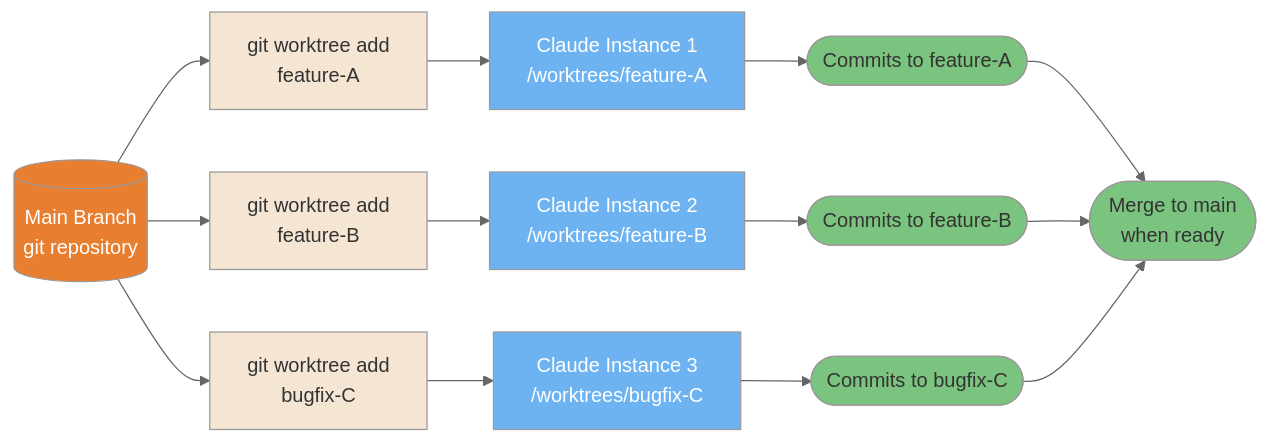
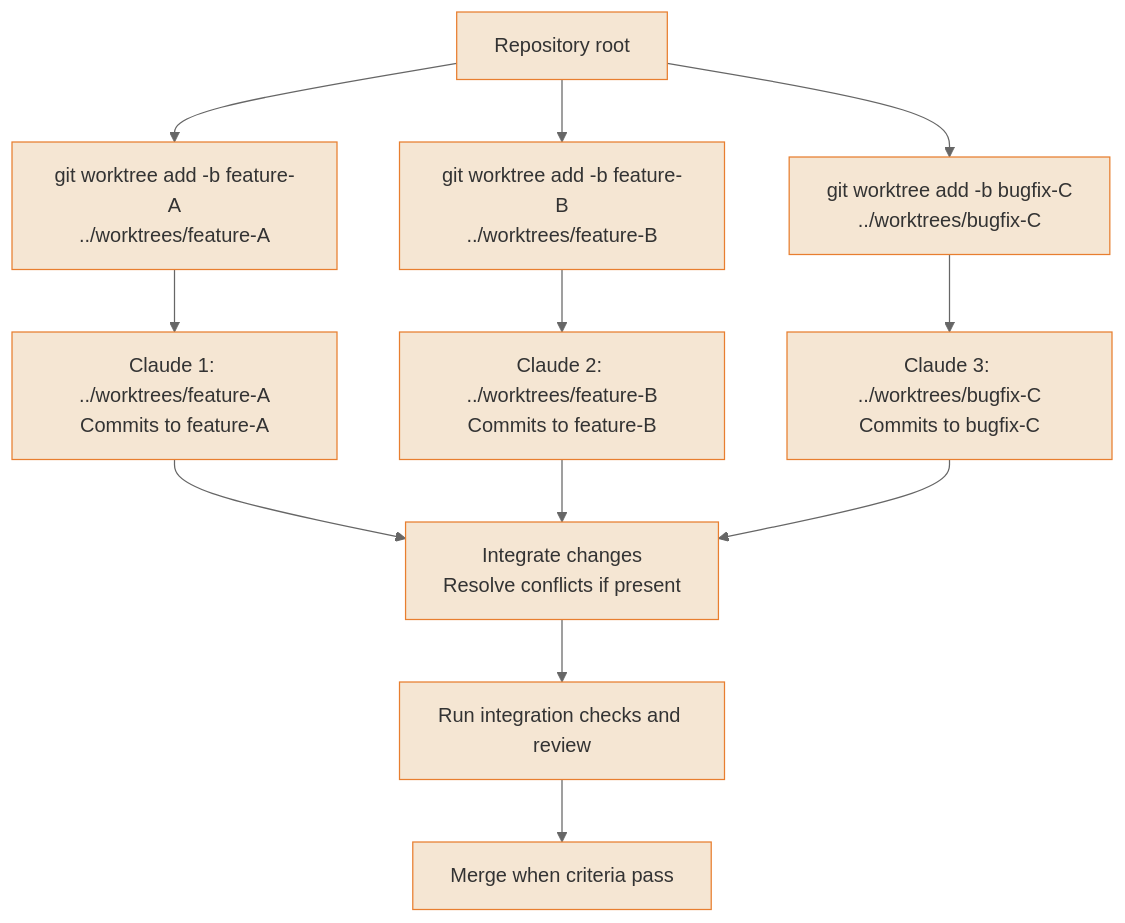
One commit to FlorianBruniaux/claude-code-ultimate-guide changed the second of 6 diagrams in guide/diagrams/07-multi-agent-patterns.md. Above: the diagram before and after it, drawn with Mermaid (neutral theme). The commit also changed other lines of this file and 17 other files, not shown here.

Commit message:
docs: refresh all diagrams and correct their source guidance

````diff
--- a/guide/diagrams/07-multi-agent-patterns.md
+++ b/guide/diagrams/07-multi-agent-patterns.md
@@ -95,40 +75,25 @@
 ```mermaid
-flowchart LR
-    MB[(Main Branch<br/>git repository)] --> WA[git worktree add<br/>feature-A]
-    MB --> WB[git worktree add<br/>feature-B]
-    MB --> WC[git worktree add<br/>bugfix-C]
-
-    WA --> CA[Claude Instance 1<br/>/worktrees/feature-A]
-    WB --> CB[Claude Instance 2<br/>/worktrees/feature-B]
-    WC --> CC[Claude Instance 3<br/>/worktrees/bugfix-C]
-
-    CA --> CA1([Commits to feature-A])
-    CB --> CB1([Commits to feature-B])
-    CC --> CC1([Commits to bugfix-C])
-
-    CA1 & CB1 & CC1 --> MERGE([Merge to main<br/>when ready])
-
-    style MB fill:#E87E2F,color:#fff
-    style CA fill:#6DB3F2,color:#fff
-    style CB fill:#6DB3F2,color:#fff
-    style CC fill:#6DB3F2,color:#fff
-    style CA1 fill:#7BC47F,color:#333
-    style CB1 fill:#7BC47F,color:#333
-    style CC1 fill:#7BC47F,color:#333
-    style MERGE fill:#7BC47F,color:#333
-    style WA fill:#F5E6D3,color:#333
-    style WB fill:#F5E6D3,color:#333
-    style WC fill:#F5E6D3,color:#333
-
-    click MB href "https://github.com/FlorianBruniaux/claude-code-ultimate-guide/blob/main/guide/ultimate-guide.md#912-git-best-practices--workflows" "Main Branch"
-    click WA href "https://github.com/FlorianBruniaux/claude-code-ultimate-guide/blob/main/guide/ultimate-guide.md#912-git-best-practices--workflows" "Worktree: feature-A"
-    click WB href "https://github.com/FlorianBruniaux/claude-code-ultimate-guide/blob/main/guide/ultimate-guide.md#912-git-best-practices--workflows" "Worktree: feature-B"
-    click WC href "https://github.com/FlorianBruniaux/claude-code-ultimate-guide/blob/main/guide/ultimate-guide.md#912-git-best-practices--workflows" "Worktree: bugfix-C"
-    click CA href "https://github.com/FlorianBruniaux/claude-code-ultimate-guide/blob/main/guide/ultimate-guide.md#912-git-best-practices--workflows" "Claude Instance 1"
-    click CB href "https://github.com/FlorianBruniaux/claude-code-ultimate-guide/blob/main/guide/ultimate-guide.md#912-git-best-practices--workflows" "Claude Instance 2"
-    click CC href "https://github.com/FlorianBruniaux/claude-code-ultimate-guide/blob/main/guide/ultimate-guide.md#912-git-best-practices--workflows" "Claude Instance 3"
-    click CA1 href "https://github.com/FlorianBruniaux/claude-code-ultimate-guide/blob/main/guide/ultimate-guide.md#912-git-best-practices--workflows" "Commits to feature-A"
-    click CB1 href "https://github.com/FlorianBruniaux/claude-code-ultimate-guide/blob/main/guide/ultimate-guide.md#912-git-best-practices--workflows" "Commits to feature-B"
-    click CC1 href "https://github.com/FlorianBruniaux/claude-code-ultimate-guide/blob/main/guide/ultimate-guide.md#912-git-best-practices--workflows" "Commits to bugfix-C"
-    click MERGE href "https://github.com/FlorianBruniaux/claude-code-ultimate-guide/blob/main/guide/ultimate-guide.md#912-git-best-practices--workflows" "Merge to main"
+flowchart TD
+    REPO["Repository root"] --> WA["git worktree add -b feature-A<br/>../worktrees/feature-A"]
+    REPO --> WB["git worktree add -b feature-B<br/>../worktrees/feature-B"]
+    REPO --> WC["git worktree add -b bugfix-C<br/>../worktrees/bugfix-C"]
+    WA --> CA["Claude 1: ../worktrees/feature-A<br/>Commits to feature-A"]
+    WB --> CB["Claude 2: ../worktrees/feature-B<br/>Commits to feature-B"]
+    WC --> CC["Claude 3: ../worktrees/bugfix-C<br/>Commits to bugfix-C"]
+    CA --> INTEGRATE["Integrate changes<br/>Resolve conflicts if present"]
+    CB --> INTEGRATE
+    CC --> INTEGRATE
+    INTEGRATE --> CHECK["Run integration checks and review"]
+    CHECK --> MERGE["Merge when criteria pass"]
+    classDef default fill:#F5E6D3,color:#333,stroke:#E87E2F
+    click REPO href "https://github.com/FlorianBruniaux/claude-code-ultimate-guide/blob/main/guide/ultimate-guide.md#912-git-best-practices--workflows" "View this pattern in the guide"
+    click WA href "https://github.com/FlorianBruniaux/claude-code-ultimate-guide/blob/main/guide/ultimate-guide.md#912-git-best-practices--workflows" "View this pattern in the guide"
+    click WB href "https://github.com/FlorianBruniaux/claude-code-ultimate-guide/blob/main/guide/ultimate-guide.md#912-git-best-practices--workflows" "View this pattern in the guide"
+    click WC href "https://github.com/FlorianBruniaux/claude-code-ultimate-guide/blob/main/guide/ultimate-guide.md#912-git-best-practices--workflows" "View this pattern in the guide"
+    click CA href "https://github.com/FlorianBruniaux/claude-code-ultimate-guide/blob/main/guide/ultimate-guide.md#912-git-best-practices--workflows" "View this pattern in the guide"
+    click CB href "https://github.com/FlorianBruniaux/claude-code-ultimate-guide/blob/main/guide/ultimate-guide.md#912-git-best-practices--workflows" "View this pattern in the guide"
+    click CC href "https://github.com/FlorianBruniaux/claude-code-ultimate-guide/blob/main/guide/ultimate-guide.md#912-git-best-practices--workflows" "View this pattern in the guide"
+    click INTEGRATE href "https://github.com/FlorianBruniaux/claude-code-ultimate-guide/blob/main/guide/ultimate-guide.md#912-git-best-practices--workflows" "View this pattern in the guide"
+    click CHECK href "https://github.com/FlorianBruniaux/claude-code-ultimate-guide/blob/main/guide/ultimate-guide.md#912-git-best-practices--workflows" "View this pattern in the guide"
+    click MERGE href "https://github.com/FlorianBruniaux/claude-code-ultimate-guide/blob/main/guide/ultimate-guide.md#912-git-best-practices--workflows" "View this pattern in the guide"
 ```
````
